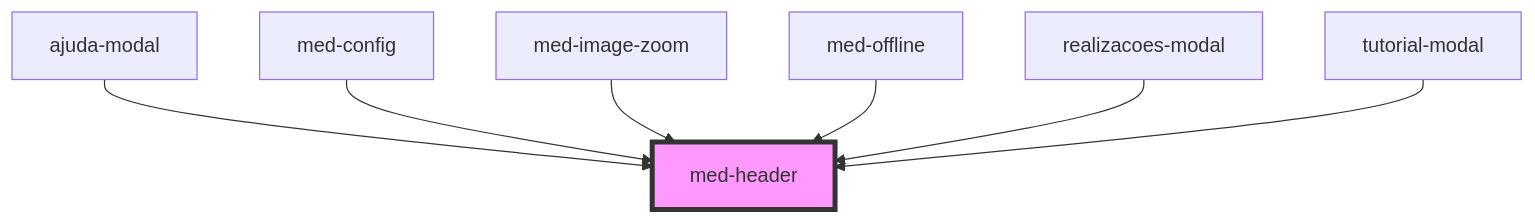
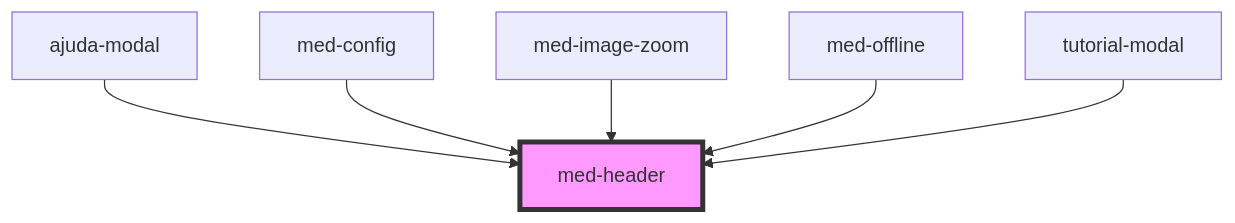
One commit to MEDGRUPOGIT/ionic-framework-1 changed the diagram in core/src/components/@templarios/compositions/med-header/readme.md. Above: the diagram before and after it, drawn with Mermaid. The commit also changed other lines of this file and 5 other files, not shown here.

````diff
--- a/core/src/components/@templarios/compositions/med-header/readme.md
+++ b/core/src/components/@templarios/compositions/med-header/readme.md
@@ -27,10 +26,9 @@
 ```mermaid
 graph TD;
   ajuda-modal --> med-header
   med-config --> med-header
   med-image-zoom --> med-header
   med-offline --> med-header
-  realizacoes-modal --> med-header
   tutorial-modal --> med-header
   style med-header fill:#f9f,stroke:#333,stroke-width:4px
 ```
````
